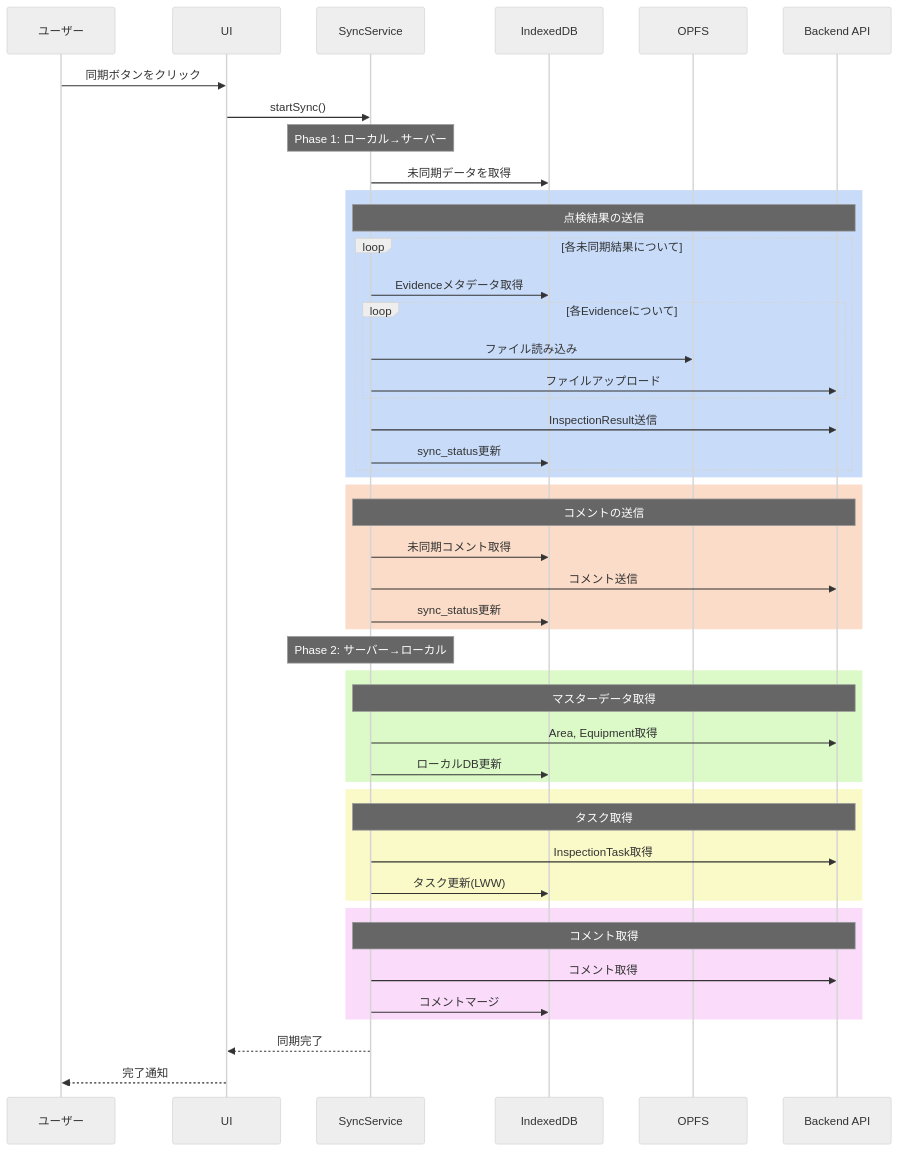
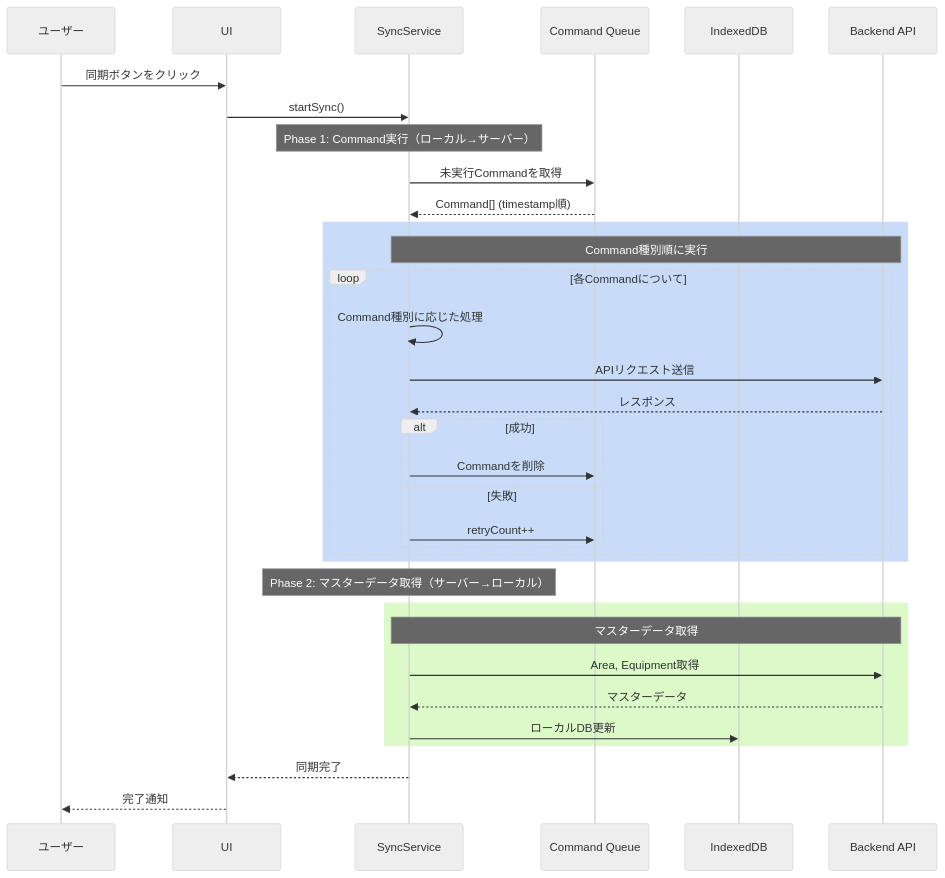
The first of 2 diagrams in frontend/SYNC_LOGIC.md (funayamateppei/local_bridge), drawn with Mermaid (neutral theme) before and after one commit. The commit also changed other lines of this file and 15 other files, not shown here.

````diff
--- a/frontend/SYNC_LOGIC.md
+++ b/frontend/SYNC_LOGIC.md
@@ -26,58 +48,42 @@
 ```mermaid
 sequenceDiagram
     participant User as ユーザー
     participant UI
     participant SyncService
+    participant CommandQueue as Command Queue
     participant LocalDB as IndexedDB
-    participant OPFS
     participant API as Backend API
 
     User->>UI: 同期ボタンをクリック
     UI->>SyncService: startSync()
 
-    Note over SyncService: Phase 1: ローカル→サーバー
-    SyncService->>LocalDB: 未同期データを取得
+    Note over SyncService: Phase 1: Command実行（ローカル→サーバー）
+    SyncService->>CommandQueue: 未実行Commandを取得
+    CommandQueue-->>SyncService: Command[] (timestamp順)
 
     rect rgb(200, 220, 250)
-        Note over SyncService,API: 点検結果の送信
-        loop 各未同期結果について
-            SyncService->>LocalDB: Evidenceメタデータ取得
-            loop 各Evidenceについて
-                SyncService->>OPFS: ファイル読み込み
-                SyncService->>API: ファイルアップロード
+        Note over SyncService,API: Command種別順に実行
+        loop 各Commandについて
+            SyncService->>SyncService: Command種別に応じた処理
+            SyncService->>API: APIリクエスト送信
+            API-->>SyncService: レスポンス
+            alt 成功
+                SyncService->>CommandQueue: Commandを削除
+            else 失敗
+                SyncService->>CommandQueue: retryCount++
             end
-            SyncService->>API: InspectionResult送信
-            SyncService->>LocalDB: sync_status更新
         end
     end
 
-    rect rgb(250, 220, 200)
-        Note over SyncService,API: コメントの送信
-        SyncService->>LocalDB: 未同期コメント取得
-        SyncService->>API: コメント送信
-        SyncService->>LocalDB: sync_status更新
-    end
-
-    Note over SyncService: Phase 2: サーバー→ローカル
+    Note over SyncService: Phase 2: マスターデータ取得（サーバー→ローカル）
 
     rect rgb(220, 250, 200)
         Note over SyncService,API: マスターデータ取得
         SyncService->>API: Area, Equipment取得
+        API-->>SyncService: マスターデータ
         SyncService->>LocalDB: ローカルDB更新
-    end
-
-    rect rgb(250, 250, 200)
-        Note over SyncService,API: タスク取得
-        SyncService->>API: InspectionTask取得
-        SyncService->>LocalDB: タスク更新(LWW)
-    end
-
-    rect rgb(250, 220, 250)
-        Note over SyncService,API: コメント取得
-        SyncService->>API: コメント取得
-        SyncService->>LocalDB: コメントマージ
     end
 
     SyncService-->>UI: 同期完了
     UI-->>User: 完了通知
 ```
````
